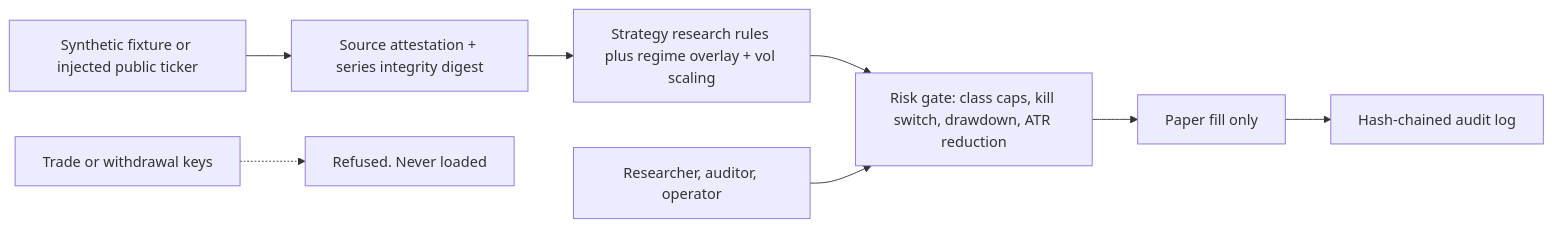
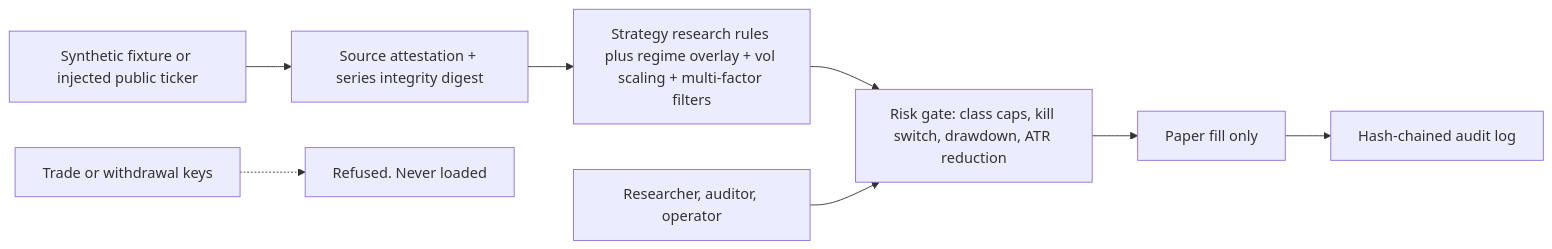
Before and after one commit to kkzee92/aixtech-crypto-intel: the diagram in docs/security-architecture.md, drawn with Mermaid. The commit also changed other lines of this file, not shown here.

Commit message:
Update security architecture notes for v0.5 zero-trust and filter enhancements

````diff
--- a/docs/security-architecture.md
+++ b/docs/security-architecture.md
@@ -9,10 +9,10 @@
 ```mermaid
 flowchart LR
     F["Synthetic fixture or injected public ticker"] --> AT["Source attestation + series integrity digest"]
-    AT --> S["Strategy research rules plus regime overlay + vol scaling"]
+    AT --> S["Strategy research rules plus regime overlay + vol scaling + multi-factor filters"]
     S --> R["Risk gate: class caps, kill switch, drawdown, ATR reduction"]
     R --> P["Paper fill only"]
     P --> A["Hash-chained audit log"]
     K["Trade or withdrawal keys"] -.-> X["Refused. Never loaded"]
     RBAC["Researcher, auditor, operator"] --> R
 ```
````
